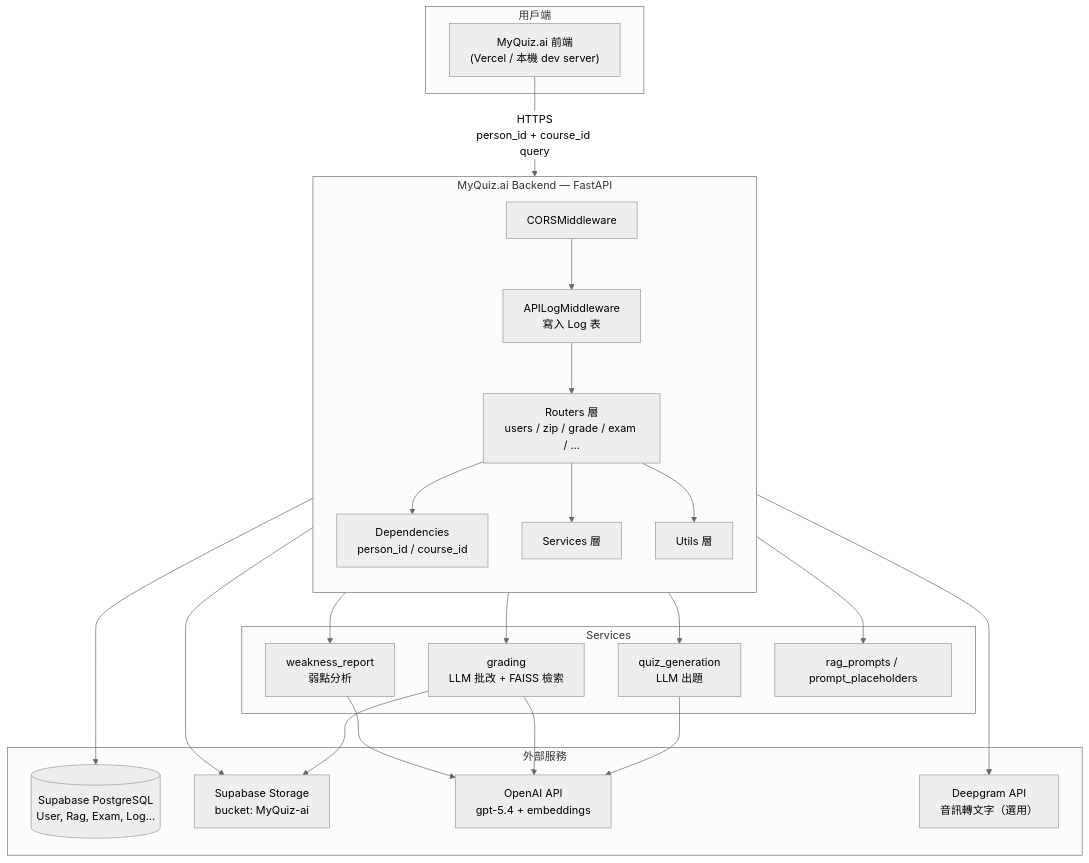
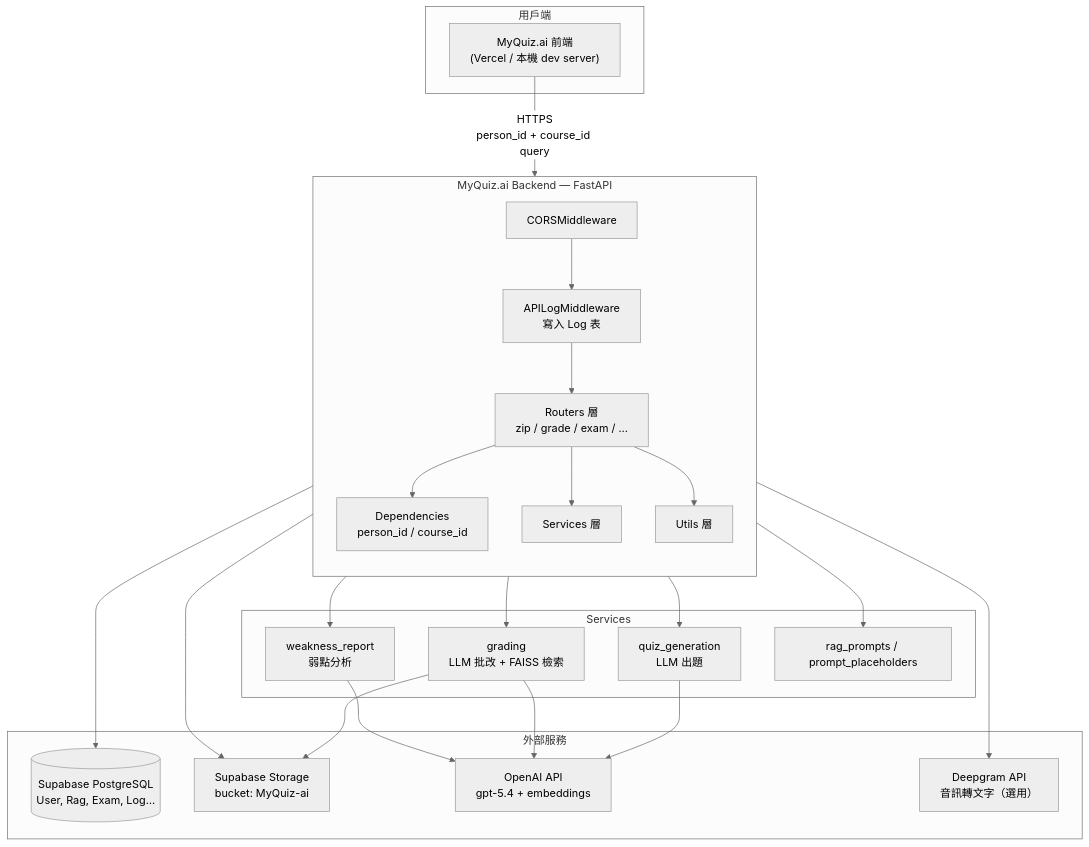
Before and after one commit to kevin7261/MyQuiz-ai-backend: the first of 6 diagrams in README.md, drawn with Mermaid (neutral theme). The commit also changed other lines of this file and 4 other files, not shown here.

````diff
--- a/README.md
+++ b/README.md
@@ -51,48 +62,48 @@
 ```mermaid
 flowchart TB
     subgraph Client["用戶端"]
         FE["MyQuiz.ai 前端<br/>(Vercel / 本機 dev server)"]
     end
 
     subgraph Backend["MyQuiz.ai Backend — FastAPI"]
         direction TB
         CORS["CORSMiddleware"]
         LOG["APILogMiddleware<br/>寫入 Log 表"]
-        ROUTERS["Routers 層<br/>users / zip / grade / exam / …"]
+        ROUTERS["Routers 層<br/>zip / grade / exam / …"]
         DEPS["Dependencies<br/>person_id / course_id"]
         SERVICES["Services 層"]
         UTILS["Utils 層"]
     end
 
     subgraph ServicesDetail["Services"]
         QG["quiz_generation<br/>LLM 出題"]
         GR["grading<br/>LLM 批改 + FAISS 檢索"]
         WR["weakness_report<br/>弱點分析"]
         RAGP["rag_prompts / prompt_placeholders"]
     end
 
     subgraph External["外部服務"]
         PG[("Supabase PostgreSQL<br/>User, Rag, Exam, Log…")]
         ST["Supabase Storage<br/>bucket: MyQuiz-ai"]
         OAI["OpenAI API<br/>gpt-5.4 + embeddings"]
         DG["Deepgram API<br/>音訊轉文字（選用）"]
     end
 
     FE -->|"HTTPS<br/>person_id + course_id query"| CORS
     CORS --> LOG
     LOG --> ROUTERS
     ROUTERS --> DEPS
     ROUTERS --> SERVICES
     ROUTERS --> UTILS
     SERVICES --> QG
     SERVICES --> GR
     SERVICES --> WR
     SERVICES --> RAGP
     UTILS --> PG
     UTILS --> ST
     QG --> OAI
     GR --> OAI
     GR --> ST
     WR --> OAI
     UTILS --> DG
 ```
````
